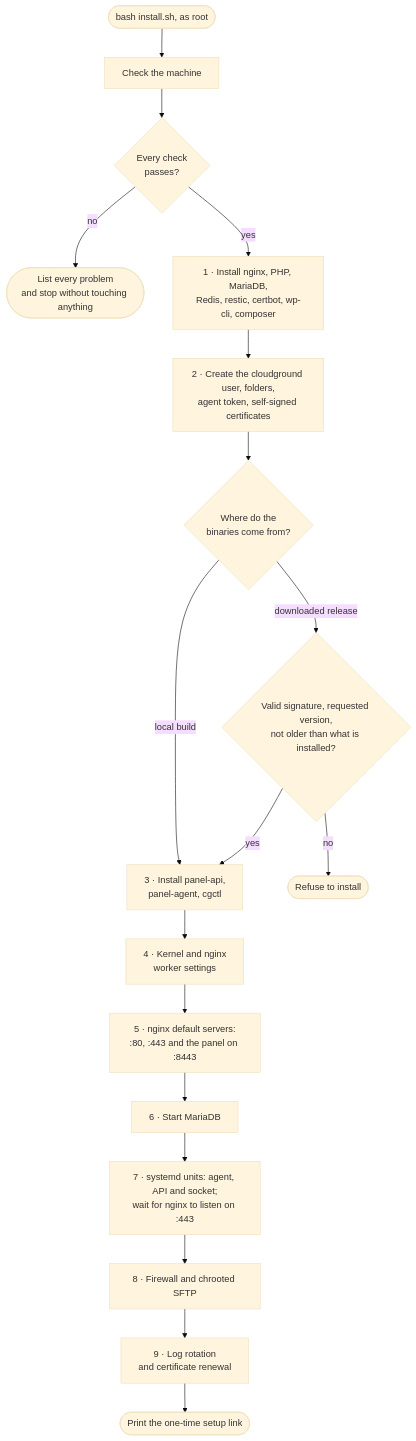
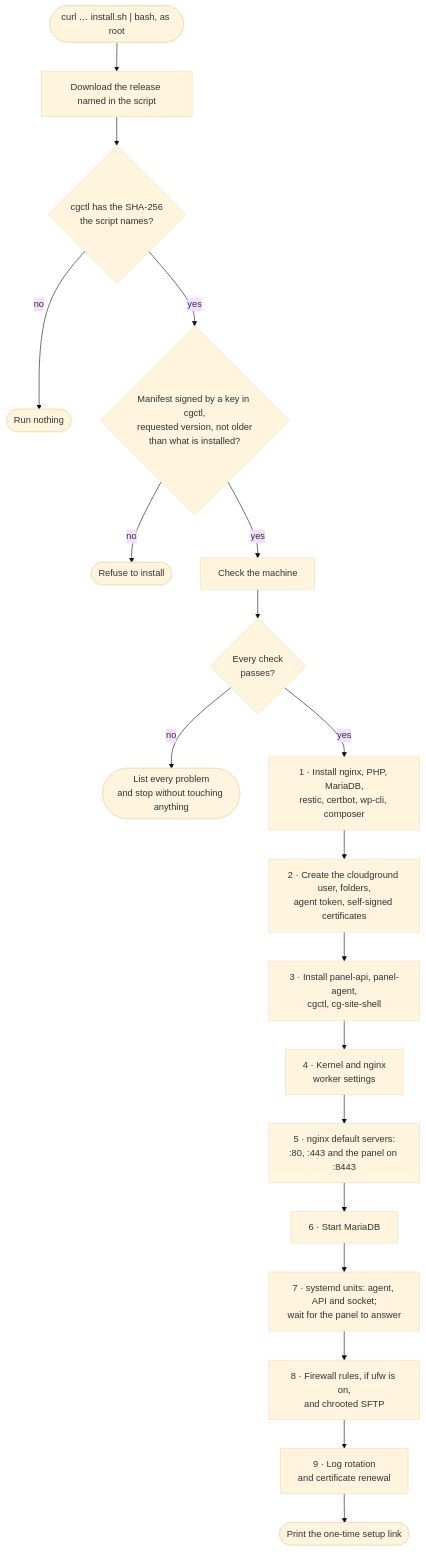
One commit to cloudground-it/cloudground-docs changed the diagram in i18n/en/docusaurus-plugin-content-docs/current/explanation/installation.mdx. Above: the diagram before and after it, drawn with Mermaid (base theme). The commit also changed other lines of this file and 18 other files, not shown here.

First line of the commit message:
Install, update and uninstall for v0.1.0, the first signed release

````diff
--- a/i18n/en/docusaurus-plugin-content-docs/current/explanation/installation.mdx
+++ b/i18n/en/docusaurus-plugin-content-docs/current/explanation/installation.mdx
@@ -17,20 +18,21 @@
 ```mermaid
 flowchart TD
-  start(["bash install.sh, as root"]) --> check["Check the machine"]
+  start(["curl … install.sh | bash, as root"]) --> dl["Download the release named in the script"]
+  dl --> pin{"cgctl has the SHA-256<br/>the script names?"}
+  pin -- "no" --> refuse(["Run nothing"])
+  pin -- "yes" --> verify{"Manifest signed by a key in cgctl,<br/>requested version, not older<br/>than what is installed?"}
+  verify -- "no" --> refuse2(["Refuse to install"])
+  verify -- "yes" --> check["Check the machine"]
   check --> ok{"Every check<br/>passes?"}
   ok -- "no" --> stop(["List every problem<br/>and stop without touching anything"])
-  ok -- "yes" --> pkgs["1 · Install nginx, PHP, MariaDB,<br/>Redis, restic, certbot, wp-cli, composer"]
+  ok -- "yes" --> pkgs["1 · Install nginx, PHP, MariaDB,<br/>restic, certbot, wp-cli, composer"]
   pkgs --> users["2 · Create the cloudground user, folders,<br/>agent token, self-signed certificates"]
-  users --> src{"Where do the<br/>binaries come from?"}
-  src -- "local build" --> bins["3 · Install panel-api,<br/>panel-agent, cgctl"]
-  src -- "downloaded release" --> verify{"Valid signature, requested version,<br/>not older than what is installed?"}
-  verify -- "no" --> refuse(["Refuse to install"])
-  verify -- "yes" --> bins
+  users --> bins["3 · Install panel-api, panel-agent,<br/>cgctl, cg-site-shell"]
   bins --> kernel["4 · Kernel and nginx<br/>worker settings"]
   kernel --> nginx["5 · nginx default servers:<br/>:80, :443 and the panel on :8443"]
   nginx --> maria["6 · Start MariaDB"]
-  maria --> svc["7 · systemd units: agent, API and socket;<br/>wait for nginx to listen on :443"]
-  svc --> fw["8 · Firewall and chrooted SFTP"]
+  maria --> svc["7 · systemd units: agent, API and socket;<br/>wait for the panel to answer"]
+  svc --> fw["8 · Firewall rules, if ufw is on,<br/>and chrooted SFTP"]
   fw --> rot["9 · Log rotation<br/>and certificate renewal"]
   rot --> link(["Print the one-time setup link"])
 ```
````
